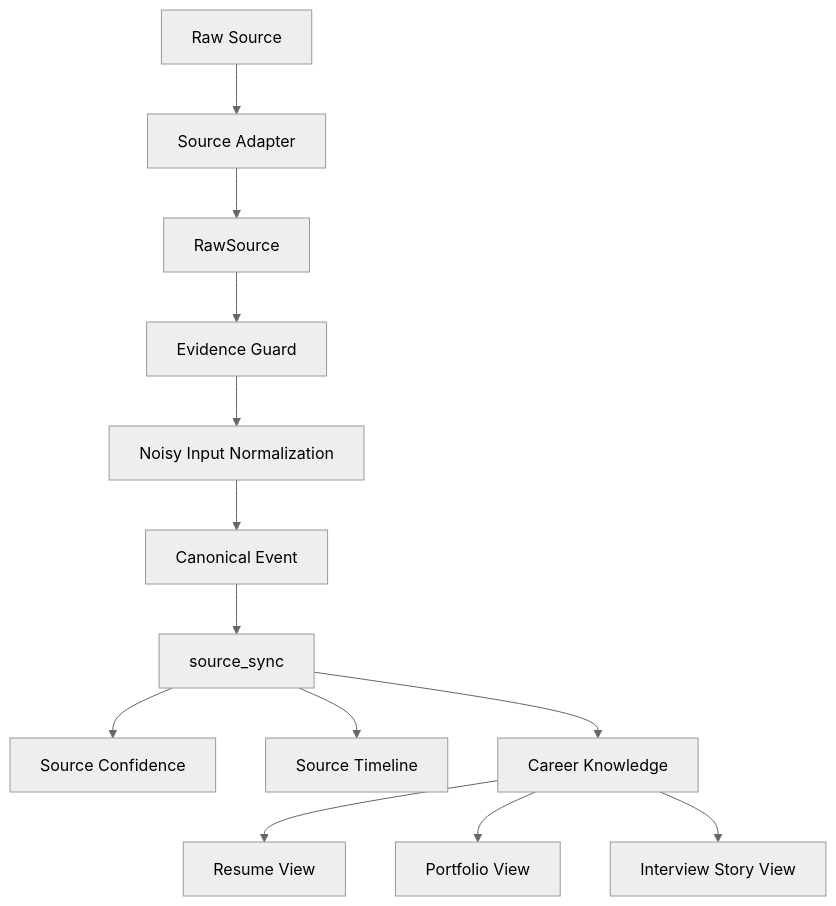
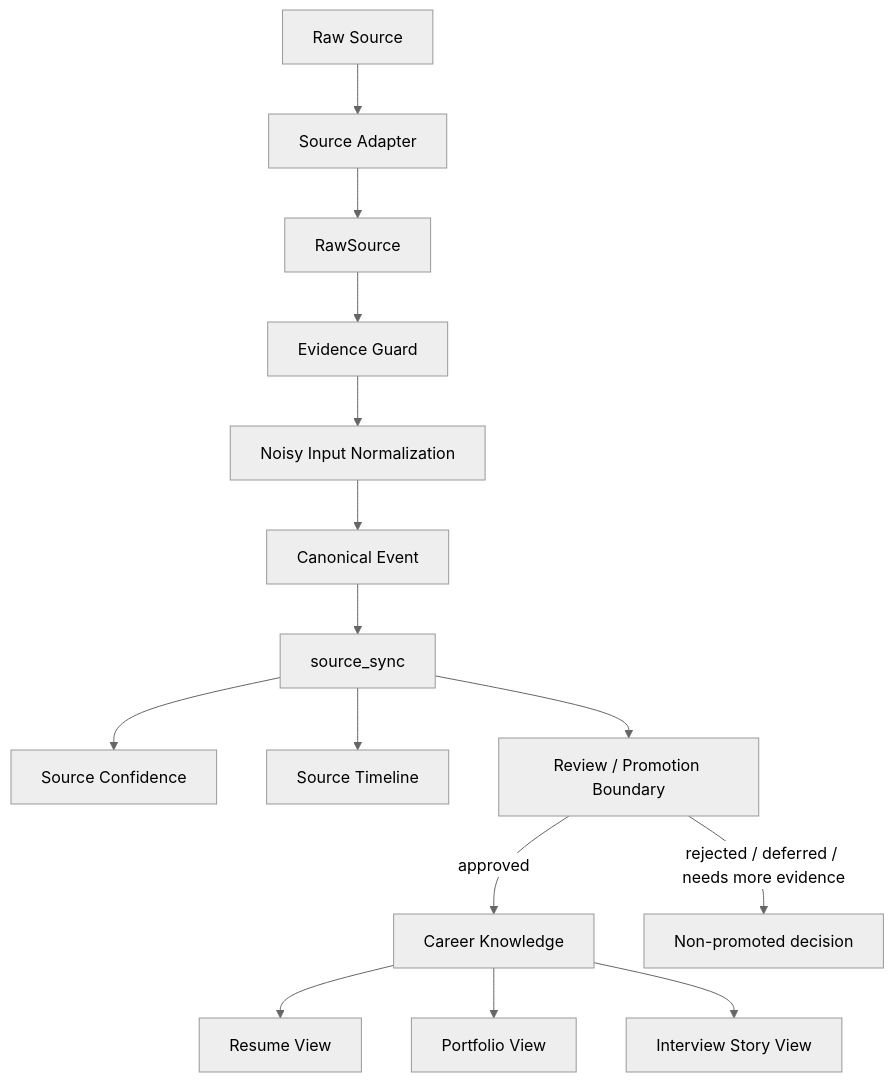
The diagram in docs/02_architecture.md (s-kyono/me-shower), drawn with Mermaid (neutral theme) before and after one commit. The commit also changed other lines of this file and 4 other files, not shown here.

Commit message:
Define career knowledge promotion criteria

````diff
--- a/docs/02_architecture.md
+++ b/docs/02_architecture.md
@@ -139,15 +147,17 @@
 ```mermaid
 flowchart TD
     A[Raw Source] --> B[Source Adapter]
     B --> C[RawSource]
     C --> D[Evidence Guard]
     D --> E[Noisy Input Normalization]
     E --> F[Canonical Event]
     F --> G[source_sync]
     G --> H[Source Confidence]
     G --> I[Source Timeline]
-    G --> J[Career Knowledge]
-    J --> K[Resume View]
-    J --> L[Portfolio View]
-    J --> M[Interview Story View]
+    G --> J[Review / Promotion Boundary]
+    J -->|approved| K[Career Knowledge]
+    J -->|rejected / deferred / needs more evidence| N[Non-promoted decision]
+    K --> L[Resume View]
+    K --> M[Portfolio View]
+    K --> O[Interview Story View]
 ```
````
